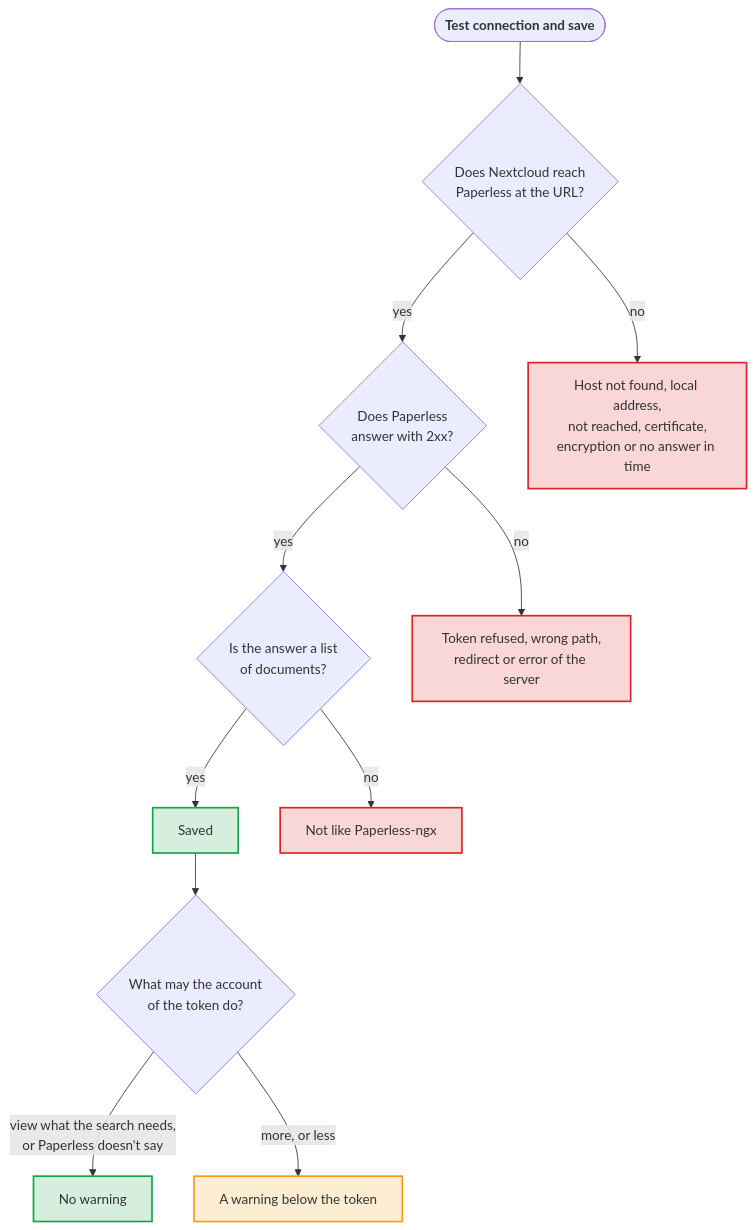
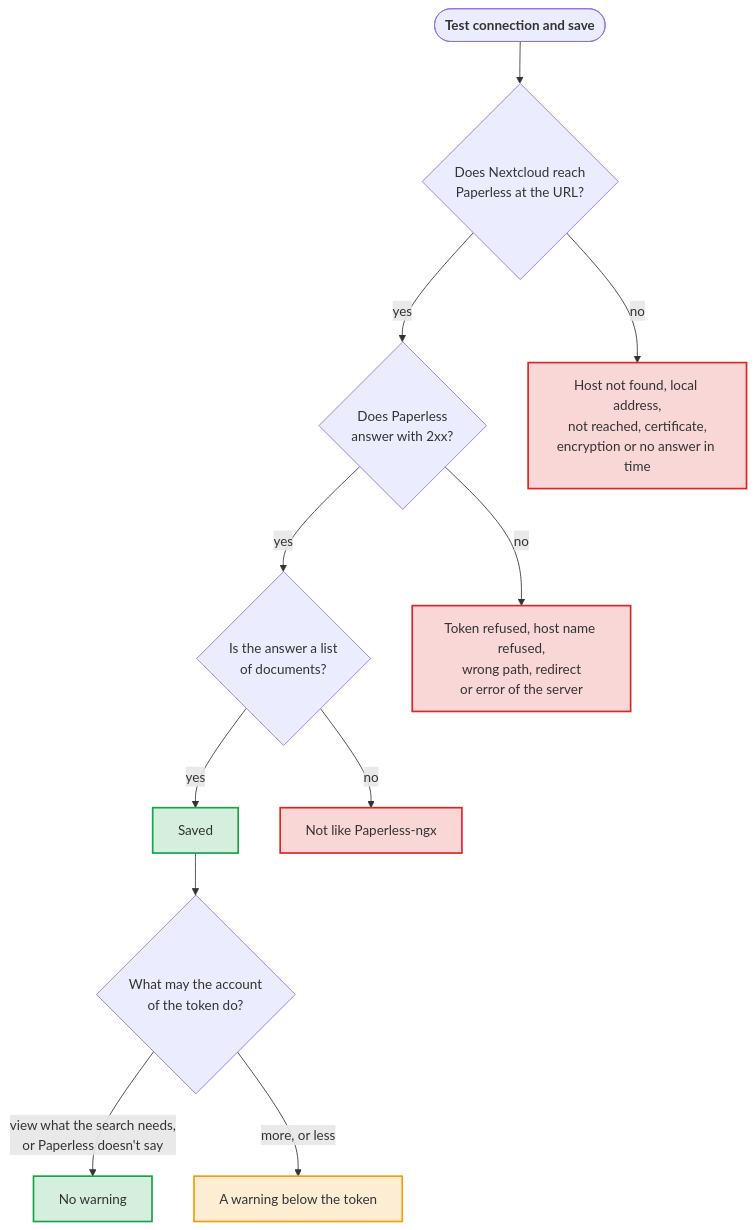
The diagram in docs/diagrams/what-the-test-of-the-connection-checks.mmd (Dennis-Otto/paperless-unified-search), drawn with Mermaid before and after one commit. The commit also changed 40 other files, not shown here.

First line of the commit message:
fix: name a host name that Paperless-ngx 3.5 refuses, and what to change (#492)

```diff
--- a/docs/diagrams/what-the-test-of-the-connection-checks.mmd
+++ b/docs/diagrams/what-the-test-of-the-connection-checks.mmd
@@ -1,33 +1,33 @@
 flowchart TB
     accTitle: What the test of the connection checks
-    accDescr: Test connection and save asks Paperless for one document. First Nextcloud has to reach Paperless at the URL: find its host, be allowed to connect to its address, connect within 3 seconds, trust its certificate and get an answer within 10 seconds; otherwise the message names which of these failed. Then Paperless has to answer with a status of 2xx; a refused token, a wrong path, a redirect or an error of the server each have their own message. Last, the answer has to be a list of documents of Paperless-ngx. Only then are the settings saved. Last, Paperless says what the account of the token may do, when it may view its UI settings, and the settings warn below the token about a superuser, an admin, an account that may change documents or one that may not view correspondents, document types or tags, or those of the newest documents that another user owns.
+    accDescr: Test connection and save asks Paperless for one document. First Nextcloud has to reach Paperless at the URL: find its host, be allowed to connect to its address, connect within 3 seconds, trust its certificate and get an answer within 10 seconds; otherwise the message names which of these failed. Then Paperless has to answer with a status of 2xx; a refused token, a refused host name, a wrong path, a redirect or an error of the server each have their own message. Last, the answer has to be a list of documents of Paperless-ngx. Only then are the settings saved. Last, Paperless says what the account of the token may do, when it may view its UI settings, and the settings warn below the token about a superuser, an admin, an account that may change documents or one that may not view correspondents, document types or tags, or those of the newest documents that another user owns.
 
     test(["`**Test connection and save**`"])
     reach{"Does Nextcloud reach<br>Paperless at the URL?"}
     status{"Does Paperless<br>answer with 2xx?"}
     list{"Is the answer a list<br>of documents?"}
     saved["Saved"]
     may{"What may the account<br>of the token do?"}
     viewing["No warning"]
     warned["A warning below the token"]
     network["Host not found, local address,<br>not reached, certificate,<br>encryption or no answer in time"]
-    refused["Token refused, wrong path,<br>redirect or error of the server"]
+    refused["Token refused, host name refused,<br>wrong path, redirect<br>or error of the server"]
     other["Not like Paperless-ngx"]
 
     test --> reach
     reach -- "yes" --> status
     reach -- "no" --> network
     status -- "yes" --> list
     status -- "no" --> refused
     list -- "yes" --> saved
     list -- "no" --> other
     saved --> may
     may -- "view what the search needs,<br>or Paperless doesn't say" --> viewing
     may -- "more, or less" --> warned
 
     classDef yes fill:#16a34a2e,stroke:#16a34a,stroke-width:2px
     classDef no fill:#dc26262e,stroke:#dc2626,stroke-width:2px
     classDef warn fill:#f59e0b2e,stroke:#f59e0b,stroke-width:2px
     class saved,viewing yes
     class warned warn
     class network,refused,other no
```
